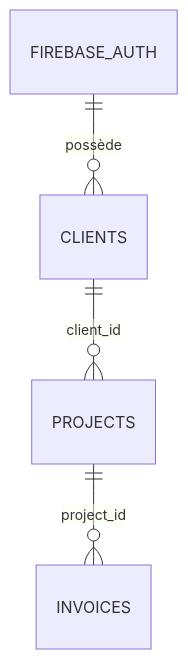
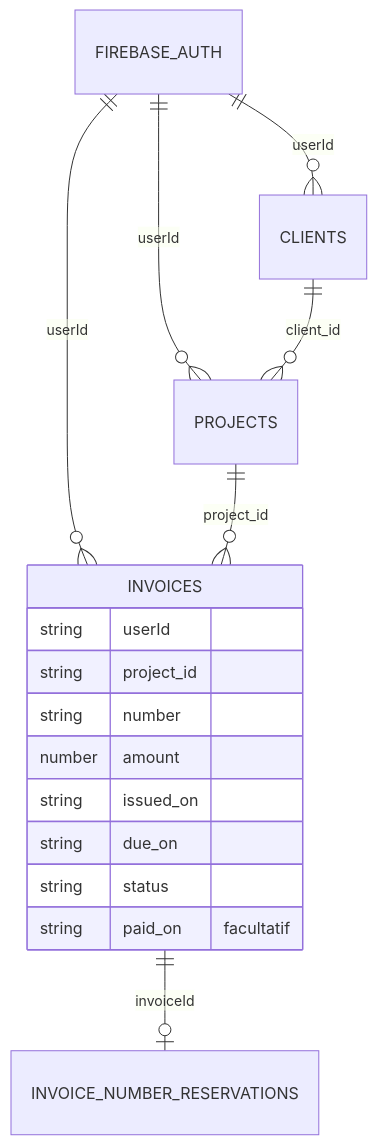
One commit to aurorebilley/freelancedesk changed the diagram in README.md. Above: the diagram before and after it, drawn with Mermaid. The commit also changed other lines of this file and 22 other files, not shown here.

````diff
--- a/README.md
+++ b/README.md
@@ -72,6 +81,19 @@
 ```mermaid
 erDiagram
-    FIREBASE_AUTH ||--o{ CLIENTS : possède
+    FIREBASE_AUTH ||--o{ CLIENTS : "userId"
+    FIREBASE_AUTH ||--o{ PROJECTS : "userId"
+    FIREBASE_AUTH ||--o{ INVOICES : "userId"
     CLIENTS ||--o{ PROJECTS : "client_id"
     PROJECTS ||--o{ INVOICES : "project_id"
+    INVOICES ||--o| INVOICE_NUMBER_RESERVATIONS : "invoiceId"
+    INVOICES {
+        string userId
+        string project_id
+        string number
+        number amount
+        string issued_on
+        string due_on
+        string status
+        string paid_on "facultatif"
+    }
 ```
````
